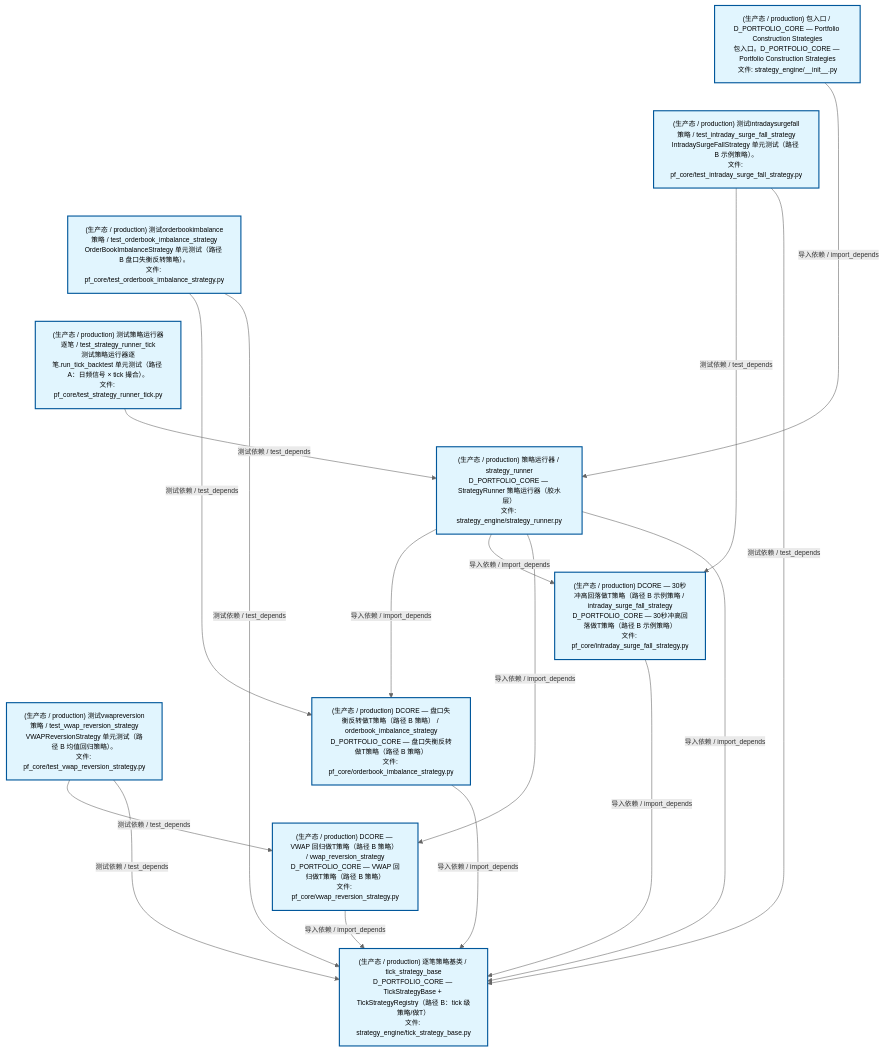
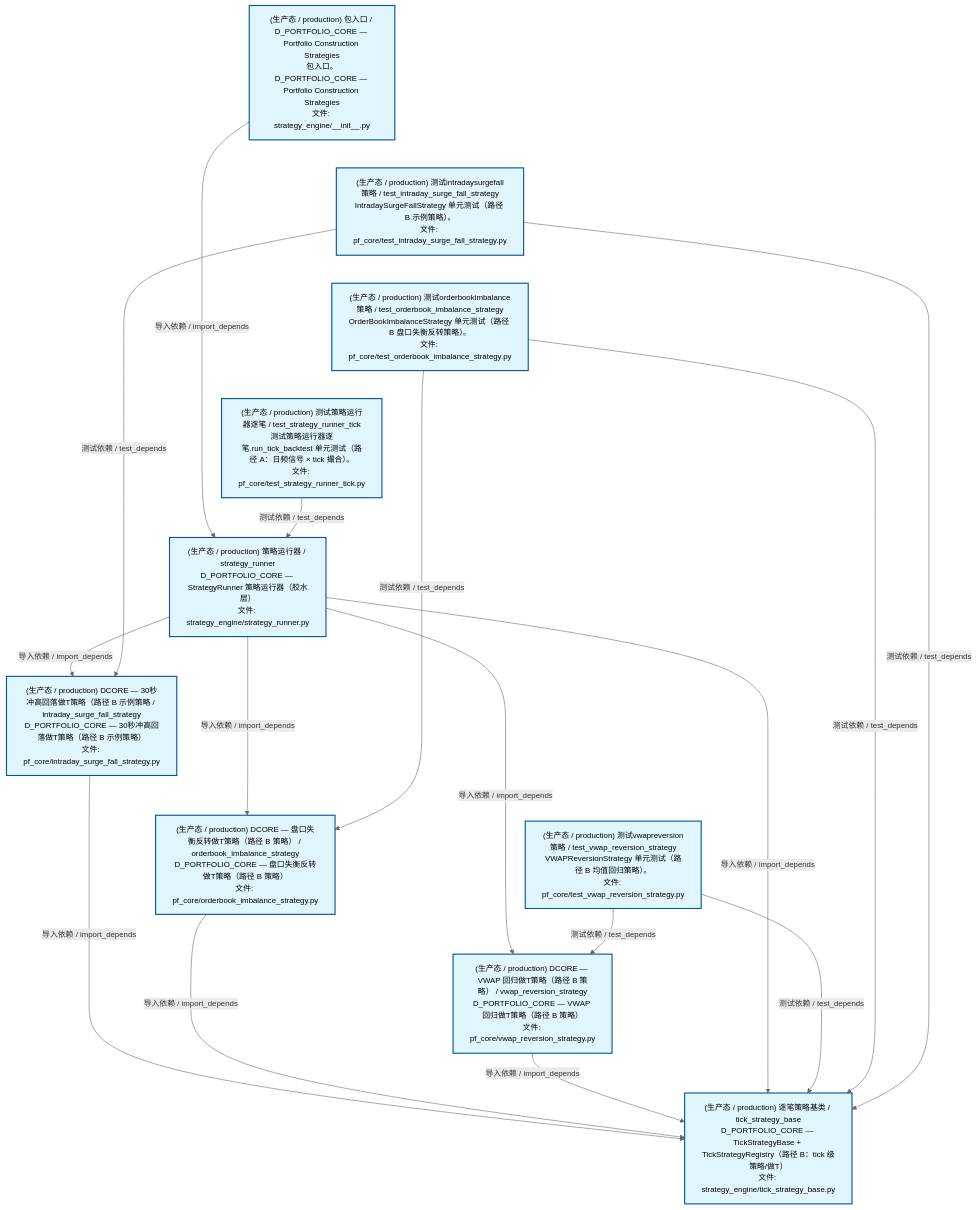
One commit to xuanFelixVan/ZephyrAlpha changed the second of 4 diagrams in docs/02_enterprise_architecture/02_domain_architecture_docs/63_d_pf_core.md. Above: the diagram before and after it, drawn with Mermaid. The commit also changed other lines of this file and 61 other files, not shown here.

````diff
--- a/docs/02_enterprise_architecture/02_domain_architecture_docs/63_d_pf_core.md
+++ b/docs/02_enterprise_architecture/02_domain_architecture_docs/63_d_pf_core.md
@@ -131,40 +131,40 @@
 ```mermaid
-%%{init: {'theme': 'base', 'themeVariables': {'primaryColor': '#eaeaea', 'primaryTextColor': '#333333', 'primaryBorderColor': '#666666', 'lineColor': '#666666', 'secondaryColor': '#eaeaea', 'tertiaryColor': '#eaeaea', 'fontSize': '12px'}}}%%
+%%{init: {'theme': 'base', 'themeVariables': {'primaryColor': '#eaeaea', 'primaryTextColor': '#333333', 'primaryBorderColor': '#666666', 'lineColor': '#666666', 'secondaryColor': '#eaeaea', 'tertiaryColor': '#eaeaea', 'fontSize': '14px'}}}%%
 flowchart TD
     src_zephyr_pf_core_strategy_engine_init_py["(生产态 / production) 包入口 / D_PORTFOLIO_CORE — Portfolio Construction Strategies<br/>包入口。D_PORTFOLIO_CORE — Portfolio Construction Strategies<br/>文件: strategy_engine/__init__.py"]
     tests_pf_core_test_intraday_surge_fall_strategy_py["(生产态 / production) 测试intradaysurgefall策略 / test_intraday_surge_fall_strategy<br/>IntradaySurgeFallStrategy 单元测试（路径 B 示例策略）。<br/>文件: pf_core/test_intraday_surge_fall_strategy.py"]
     tests_pf_core_test_orderbook_imbalance_strategy_py["(生产态 / production) 测试orderbookimbalance策略 / test_orderbook_imbalance_strategy<br/>OrderBookImbalanceStrategy 单元测试（路径 B 盘口失衡反转策略）。<br/>文件: pf_core/test_orderbook_imbalance_strategy.py"]
     tests_pf_core_test_strategy_runner_tick_py["(生产态 / production) 测试策略运行器逐笔 / test_strategy_runner_tick<br/>测试策略运行器逐笔.run_tick_backtest 单元测试（路径 A：日频信号 × tick 撮合）。<br/>文件: pf_core/test_strategy_runner_tick.py"]
     tests_pf_core_test_vwap_reversion_strategy_py["(生产态 / production) 测试vwapreversion策略 / test_vwap_reversion_strategy<br/>VWAPReversionStrategy 单元测试（路径 B 均值回归策略）。<br/>文件: pf_core/test_vwap_reversion_strategy.py"]
     src_zephyr_pf_core_strategy_engine_init_py ~~~ tests_pf_core_test_intraday_surge_fall_strategy_py
     tests_pf_core_test_intraday_surge_fall_strategy_py ~~~ tests_pf_core_test_orderbook_imbalance_strategy_py
     tests_pf_core_test_orderbook_imbalance_strategy_py ~~~ tests_pf_core_test_strategy_runner_tick_py
     tests_pf_core_test_strategy_runner_tick_py ~~~ tests_pf_core_test_vwap_reversion_strategy_py
     src_zephyr_pf_core_strategy_engine_strategy_runner_py["(生产态 / production) 策略运行器 / strategy_runner<br/>D_PORTFOLIO_CORE — StrategyRunner 策略运行器（胶水层）<br/>文件: strategy_engine/strategy_runner.py"]
     src_zephyr_pf_core_intraday_surge_fall_strategy_py["(生产态 / production) DCORE — 30秒冲高回落做T策略（路径 B 示例策略 / intraday_surge_fall_strategy<br/>D_PORTFOLIO_CORE — 30秒冲高回落做T策略（路径 B 示例策略）<br/>文件: pf_core/intraday_surge_fall_strategy.py"]
     src_zephyr_pf_core_orderbook_imbalance_strategy_py["(生产态 / production) DCORE — 盘口失衡反转做T策略（路径 B 策略） / orderbook_imbalance_strategy<br/>D_PORTFOLIO_CORE — 盘口失衡反转做T策略（路径 B 策略）<br/>文件: pf_core/orderbook_imbalance_strategy.py"]
     src_zephyr_pf_core_vwap_reversion_strategy_py["(生产态 / production) DCORE — VWAP 回归做T策略（路径 B 策略） / vwap_reversion_strategy<br/>D_PORTFOLIO_CORE — VWAP 回归做T策略（路径 B 策略）<br/>文件: pf_core/vwap_reversion_strategy.py"]
     src_zephyr_pf_core_intraday_surge_fall_strategy_py ~~~ src_zephyr_pf_core_orderbook_imbalance_strategy_py
     src_zephyr_pf_core_orderbook_imbalance_strategy_py ~~~ src_zephyr_pf_core_vwap_reversion_strategy_py
     src_zephyr_pf_core_strategy_engine_tick_strategy_base_py["(生产态 / production) 逐笔策略基类 / tick_strategy_base<br/>D_PORTFOLIO_CORE — TickStrategyBase + TickStrategyRegistry（路径 B：tick 级策略/做T）<br/>文件: strategy_engine/tick_strategy_base.py"]
+    src_zephyr_pf_core_intraday_surge_fall_strategy_py -->|导入依赖 / import_depends| src_zephyr_pf_core_strategy_engine_tick_strategy_base_py
     src_zephyr_pf_core_orderbook_imbalance_strategy_py -->|导入依赖 / import_depends| src_zephyr_pf_core_strategy_engine_tick_strategy_base_py
-    src_zephyr_pf_core_intraday_surge_fall_strategy_py -->|导入依赖 / import_depends| src_zephyr_pf_core_strategy_engine_tick_strategy_base_py
     src_zephyr_pf_core_vwap_reversion_strategy_py -->|导入依赖 / import_depends| src_zephyr_pf_core_strategy_engine_tick_strategy_base_py
+    src_zephyr_pf_core_strategy_engine_init_py -->|导入依赖 / import_depends| src_zephyr_pf_core_strategy_engine_strategy_runner_py
+    src_zephyr_pf_core_strategy_engine_strategy_runner_py -->|导入依赖 / import_depends| src_zephyr_pf_core_intraday_surge_fall_strategy_py
     src_zephyr_pf_core_strategy_engine_strategy_runner_py -->|导入依赖 / import_depends| src_zephyr_pf_core_orderbook_imbalance_strategy_py
-    src_zephyr_pf_core_strategy_engine_strategy_runner_py -->|导入依赖 / import_depends| src_zephyr_pf_core_intraday_surge_fall_strategy_py
     src_zephyr_pf_core_strategy_engine_strategy_runner_py -->|导入依赖 / import_depends| src_zephyr_pf_core_vwap_reversion_strategy_py
     src_zephyr_pf_core_strategy_engine_strategy_runner_py -->|导入依赖 / import_depends| src_zephyr_pf_core_strategy_engine_tick_strategy_base_py
-    src_zephyr_pf_core_strategy_engine_init_py -->|导入依赖 / import_depends| src_zephyr_pf_core_strategy_engine_strategy_runner_py
-    tests_pf_core_test_intraday_surge_fall_strategy_py -->|测试依赖 / test_depends| src_zephyr_pf_core_intraday_surge_fall_strategy_py
-    tests_pf_core_test_intraday_surge_fall_strategy_py -->|测试依赖 / test_depends| src_zephyr_pf_core_strategy_engine_tick_strategy_base_py
-    tests_pf_core_test_orderbook_imbalance_strategy_py -->|测试依赖 / test_depends| src_zephyr_pf_core_orderbook_imbalance_strategy_py
-    tests_pf_core_test_orderbook_imbalance_strategy_py -->|测试依赖 / test_depends| src_zephyr_pf_core_strategy_engine_tick_strategy_base_py
     tests_pf_core_test_strategy_runner_tick_py -->|测试依赖 / test_depends| src_zephyr_pf_core_strategy_engine_strategy_runner_py
     tests_pf_core_test_vwap_reversion_strategy_py -->|测试依赖 / test_depends| src_zephyr_pf_core_vwap_reversion_strategy_py
     tests_pf_core_test_vwap_reversion_strategy_py -->|测试依赖 / test_depends| src_zephyr_pf_core_strategy_engine_tick_strategy_base_py
+    tests_pf_core_test_orderbook_imbalance_strategy_py -->|测试依赖 / test_depends| src_zephyr_pf_core_orderbook_imbalance_strategy_py
+    tests_pf_core_test_orderbook_imbalance_strategy_py -->|测试依赖 / test_depends| src_zephyr_pf_core_strategy_engine_tick_strategy_base_py
+    tests_pf_core_test_intraday_surge_fall_strategy_py -->|测试依赖 / test_depends| src_zephyr_pf_core_intraday_surge_fall_strategy_py
+    tests_pf_core_test_intraday_surge_fall_strategy_py -->|测试依赖 / test_depends| src_zephyr_pf_core_strategy_engine_tick_strategy_base_py
     classDef production fill:#e1f5fe,stroke:#01579b,stroke-width:2px,color:#000
     classDef design fill:#fff3e0,stroke:#e65100,stroke-width:2px,color:#000,stroke-dasharray: 5 5
     classDef external_prod fill:#e8f4fd,stroke:#0277bd,stroke-width:1px,color:#000
     classDef external_design fill:#fff8e7,stroke:#ef6c00,stroke-width:1px,color:#000,stroke-dasharray: 5 5
     class src_zephyr_pf_core_intraday_surge_fall_strategy_py,src_zephyr_pf_core_orderbook_imbalance_strategy_py,src_zephyr_pf_core_strategy_engine_init_py,src_zephyr_pf_core_strategy_engine_strategy_runner_py,src_zephyr_pf_core_strategy_engine_tick_strategy_base_py,src_zephyr_pf_core_vwap_reversion_strategy_py,tests_pf_core_test_intraday_surge_fall_strategy_py,tests_pf_core_test_orderbook_imbalance_strategy_py,tests_pf_core_test_strategy_runner_tick_py,tests_pf_core_test_vwap_reversion_strategy_py production
 ```
````
